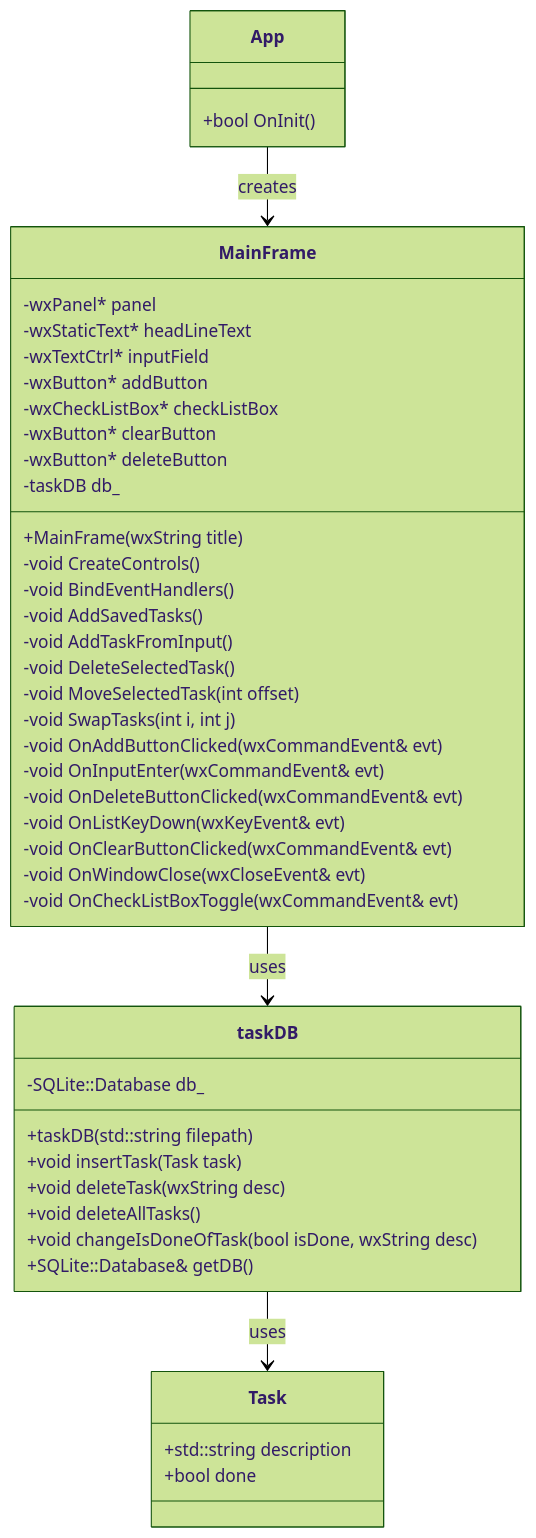
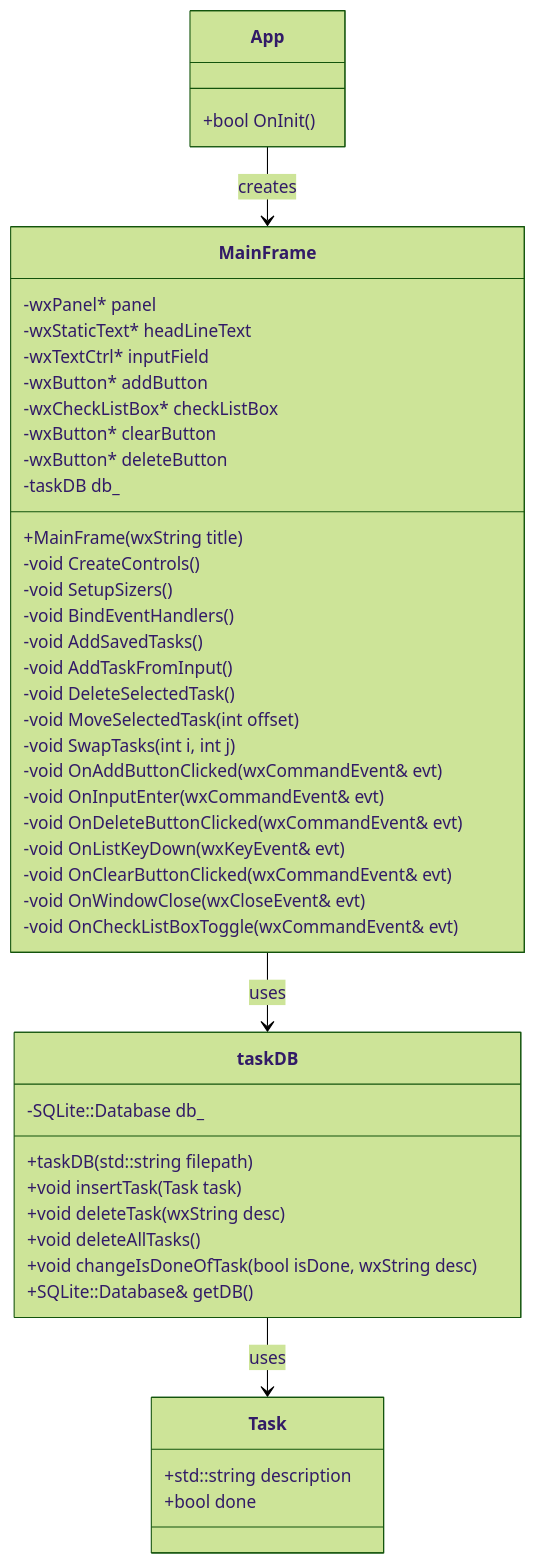
Before and after one commit to sevenhist/todolist: the diagram in README.md, drawn with Mermaid (forest theme). The commit also changed 3 other files, not shown here.

````diff
--- a/README.md
+++ b/README.md
@@ -67,51 +67,52 @@
 ```mermaid
 classDiagram
     class Task {
         +std::string description
         +bool done
     }
 
     class MainFrame {
         +MainFrame(wxString title)
         -void CreateControls()
+        -void SetupSizers()
         -void BindEventHandlers()
         -void AddSavedTasks()
         -void AddTaskFromInput()
         -void DeleteSelectedTask()
         -void MoveSelectedTask(int offset)
         -void SwapTasks(int i, int j)
         -void OnAddButtonClicked(wxCommandEvent& evt)
         -void OnInputEnter(wxCommandEvent& evt)
         -void OnDeleteButtonClicked(wxCommandEvent& evt)
         -void OnListKeyDown(wxKeyEvent& evt)
         -void OnClearButtonClicked(wxCommandEvent& evt)
         -void OnWindowClose(wxCloseEvent& evt)
         -void OnCheckListBoxToggle(wxCommandEvent& evt)
         -wxPanel* panel
         -wxStaticText* headLineText
         -wxTextCtrl* inputField
         -wxButton* addButton
         -wxCheckListBox* checkListBox
         -wxButton* clearButton
         -wxButton* deleteButton
         -taskDB db_
     }
 
     class taskDB {
         +taskDB(std::string filepath)
         +void insertTask(Task task)
         +void deleteTask(wxString desc)
         +void deleteAllTasks()
         +void changeIsDoneOfTask(bool isDone, wxString desc)
         +SQLite::Database& getDB()
         -SQLite::Database db_
     }
 
     class App {
         +bool OnInit()
     }
 
     MainFrame --> taskDB : uses
     taskDB --> Task : uses
     App --> MainFrame : creates
 ```
````
